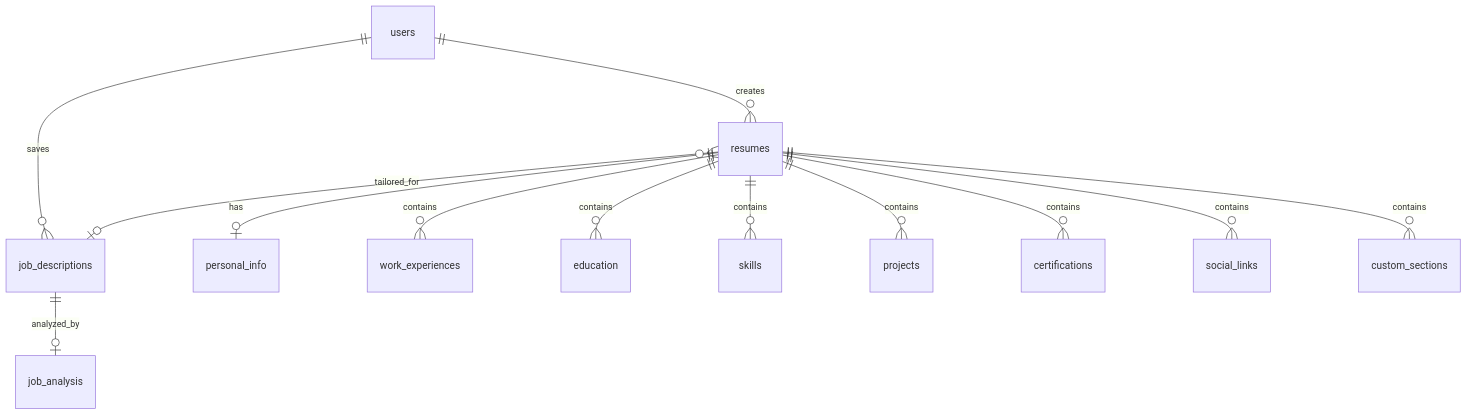
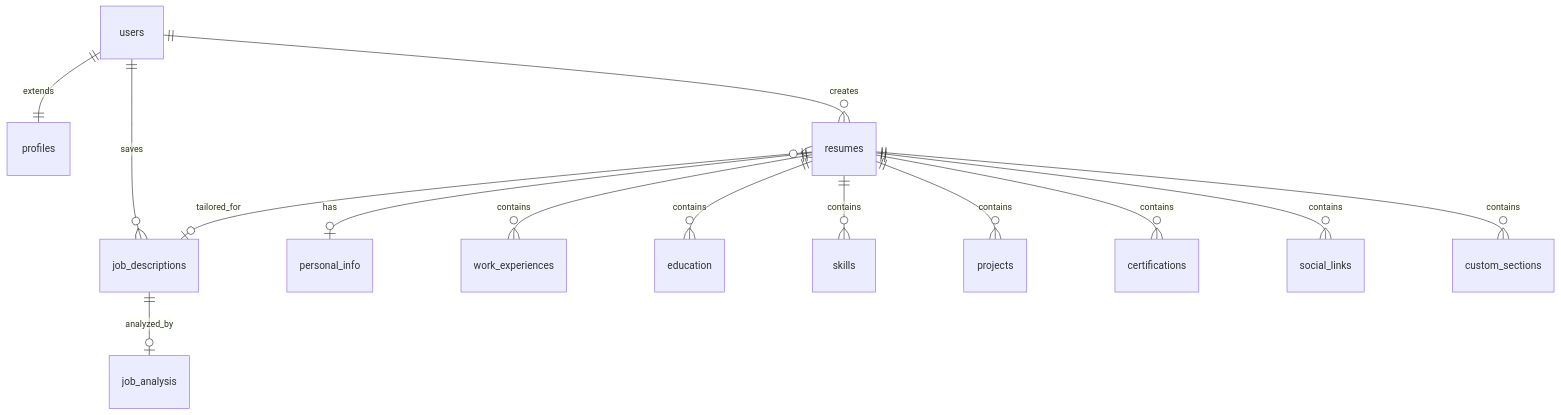
Before and after one commit to saadk408/victry: the diagram in docs/comprehensive-application-guide.md, drawn with Mermaid. The commit also changed other lines of this file and 30 other files, not shown here.

````diff
--- a/docs/comprehensive-application-guide.md
+++ b/docs/comprehensive-application-guide.md
@@ -140,15 +382,16 @@
 ```mermaid
 erDiagram
+    users ||--|| profiles : extends
     users ||--o{ resumes : creates
     users ||--o{ job_descriptions : saves
     resumes ||--o| personal_info : has
     resumes ||--o{ work_experiences : contains
     resumes ||--o{ education : contains
     resumes ||--o{ skills : contains
     resumes ||--o{ projects : contains
     resumes ||--o{ certifications : contains
     resumes ||--o{ social_links : contains
     resumes ||--o{ custom_sections : contains
     job_descriptions ||--o| job_analysis : analyzed_by
     resumes }o--o| job_descriptions : tailored_for
 ```
````
